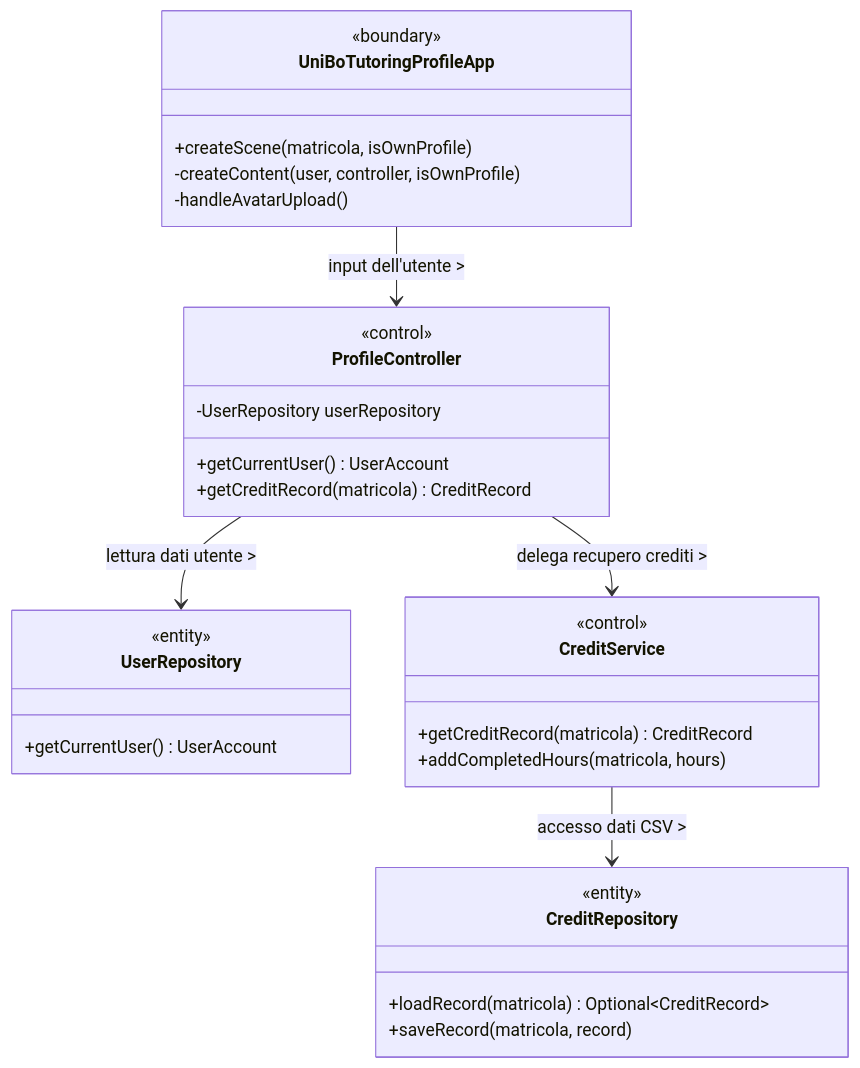
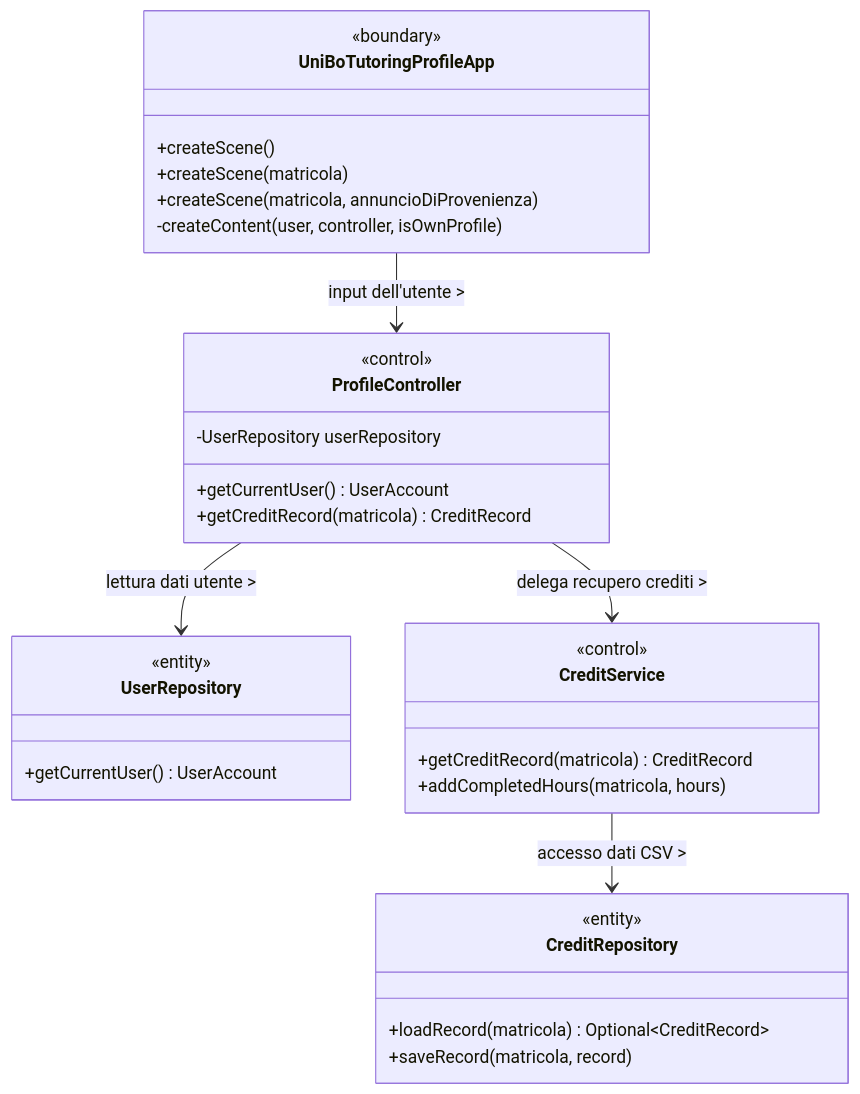
Before and after one commit to Sil2564/unibo_tutoring: the fourth of 9 diagrams in README.md, drawn with Mermaid. The commit also changed other lines of this file and 2 other files, not shown here.

Commit message:
Fix del logic inconsistencies (Avatar, CFU, README)

````diff
--- a/README.md
+++ b/README.md
@@ -288,44 +288,45 @@
 ```mermaid
 classDiagram
     %% ============================================================
     %% DESIGN DETTAGLIATO - PROFILO UTENTE(NIKI)
     %% Pattern: ECB (Entity-Control-Boundary)
     %% ============================================================
 
     class UniBoTutoringProfileApp {
-        +createScene(matricola, isOwnProfile)
+        +createScene()
+        +createScene(matricola)
+        +createScene(matricola, annuncioDiProvenienza)
         -createContent(user, controller, isOwnProfile)
-        -handleAvatarUpload()
     }
     <<boundary>> UniBoTutoringProfileApp
 
     class ProfileController {
         -UserRepository userRepository
         +getCurrentUser() UserAccount
         +getCreditRecord(matricola) CreditRecord
     }
     <<control>> ProfileController
 
     class UserRepository {
         +getCurrentUser() UserAccount
     }
     <<entity>> UserRepository
 
     class CreditService {
         +getCreditRecord(matricola) CreditRecord
         +addCompletedHours(matricola, hours)
     }
     <<control>> CreditService
 
     class CreditRepository {
         +loadRecord(matricola) Optional~CreditRecord~
         +saveRecord(matricola, record)
     }
     <<entity>> CreditRepository
 
     %% RELAZIONI
     UniBoTutoringProfileApp --> ProfileController : input dell'utente >
     ProfileController --> UserRepository : lettura dati utente >
     ProfileController --> CreditService : delega recupero crediti >
     CreditService --> CreditRepository : accesso dati CSV >
 ```
````
